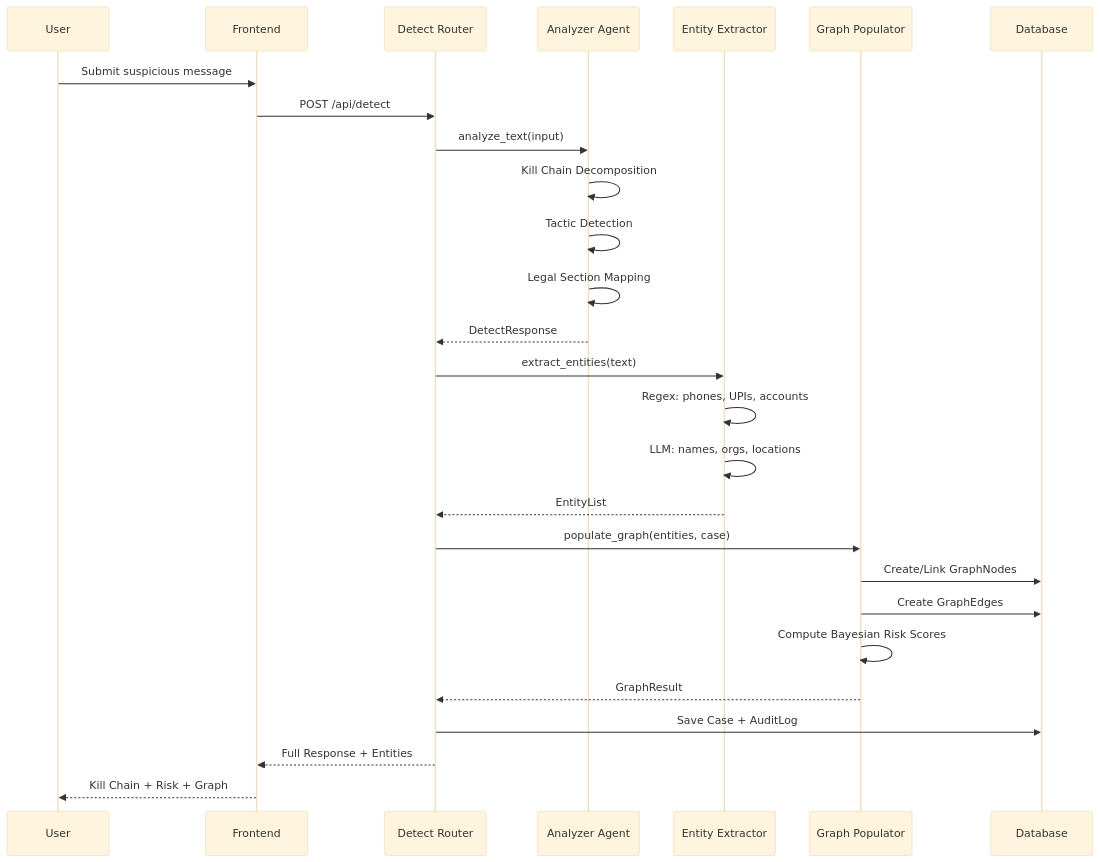
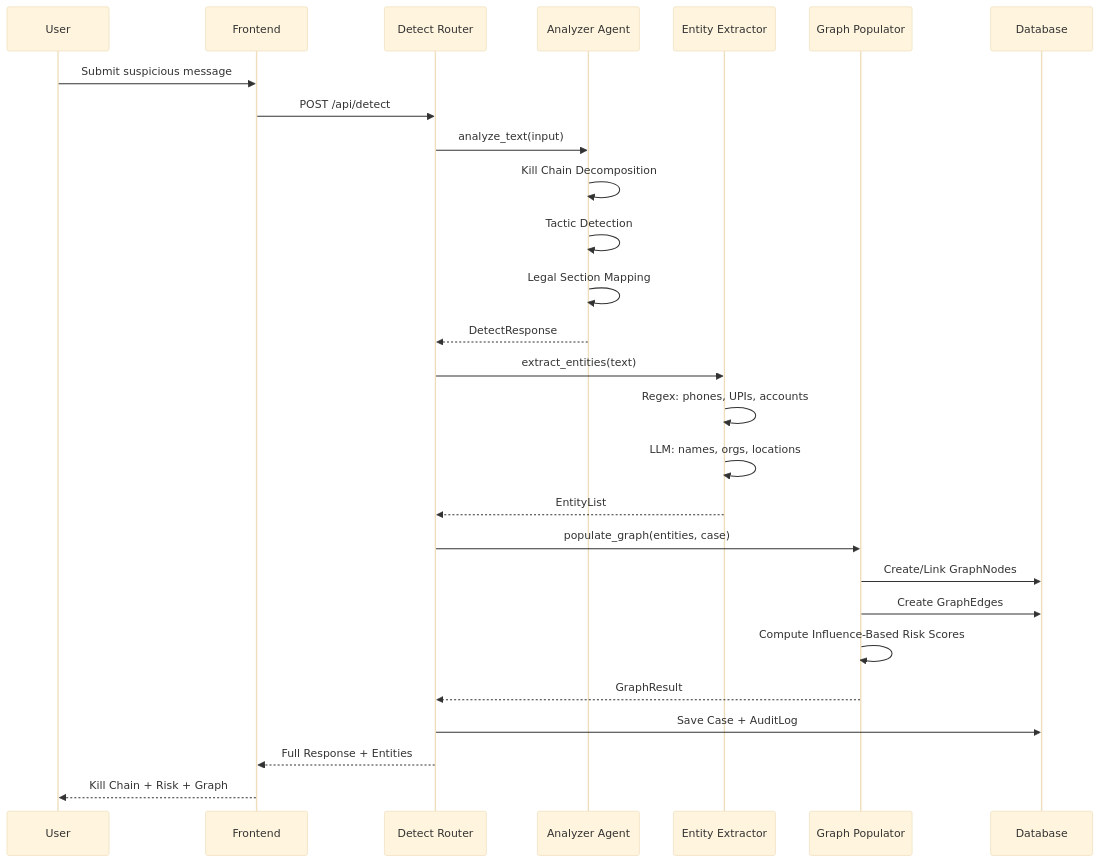
Before and after one commit to bhaskarkarn1/NETRA: the second of 4 diagrams in docs/architecture.md, drawn with Mermaid (base theme). The commit also changed other lines of this file and 2 other files, not shown here.

Commit message:
docs: fix Bayesian → Influence-Based naming in README, architecture, and research abstract
Ensures all documentation matches the renamed algorithm in the codebase.
Cites Kempe et al., KDD 2003 (Independent Cascade model) accurately.

````diff
--- a/docs/architecture.md
+++ b/docs/architecture.md
@@ -48,30 +48,30 @@
 ```mermaid
 sequenceDiagram
     participant U as User
     participant F as Frontend
     participant D as Detect Router
     participant A as Analyzer Agent
     participant E as Entity Extractor
     participant G as Graph Populator
     participant DB as Database
 
     U->>F: Submit suspicious message
     F->>D: POST /api/detect
     D->>A: analyze_text(input)
     A->>A: Kill Chain Decomposition
     A->>A: Tactic Detection
     A->>A: Legal Section Mapping
     A-->>D: DetectResponse
     D->>E: extract_entities(text)
     E->>E: Regex: phones, UPIs, accounts
     E->>E: LLM: names, orgs, locations
     E-->>D: EntityList
     D->>G: populate_graph(entities, case)
     G->>DB: Create/Link GraphNodes
     G->>DB: Create GraphEdges
-    G->>G: Compute Bayesian Risk Scores
+    G->>G: Compute Influence-Based Risk Scores
     G-->>D: GraphResult
     D->>DB: Save Case + AuditLog
     D-->>F: Full Response + Entities
     F-->>U: Kill Chain + Risk + Graph
 ```
````
